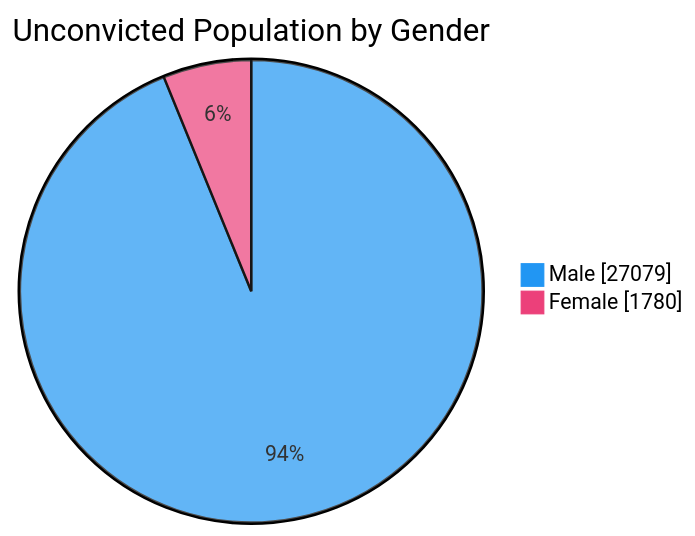
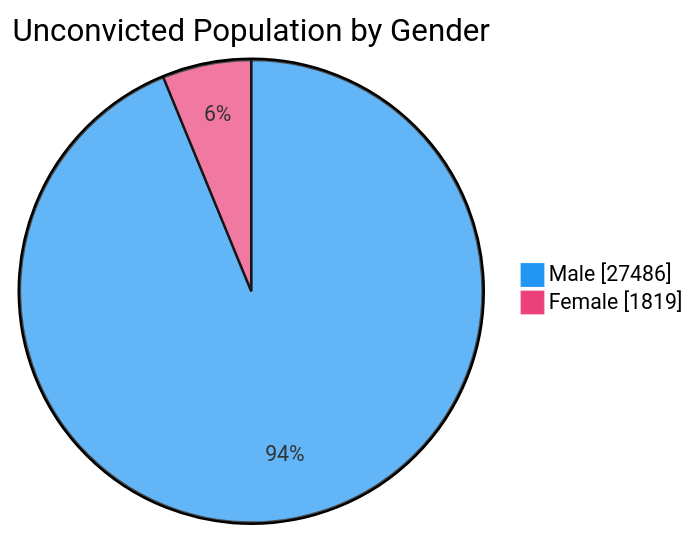
Before and after one commit to nuuuwan/lk_prisons: the fourth of 7 diagrams in README.md, drawn with Mermaid. The commit also changed other lines of this file and 1 other file, not shown here.

````diff
--- a/README.md
+++ b/README.md
@@ -76,6 +76,6 @@
 ```mermaid
 %%{init: {'themeVariables': {'pie1': '#2196F3', 'pie2': '#EC407A'}}}%%
 pie showData title Unconvicted Population by Gender
-    "Male" : 27079
-    "Female" : 1780
+    "Male" : 27486
+    "Female" : 1819
 ```
````
